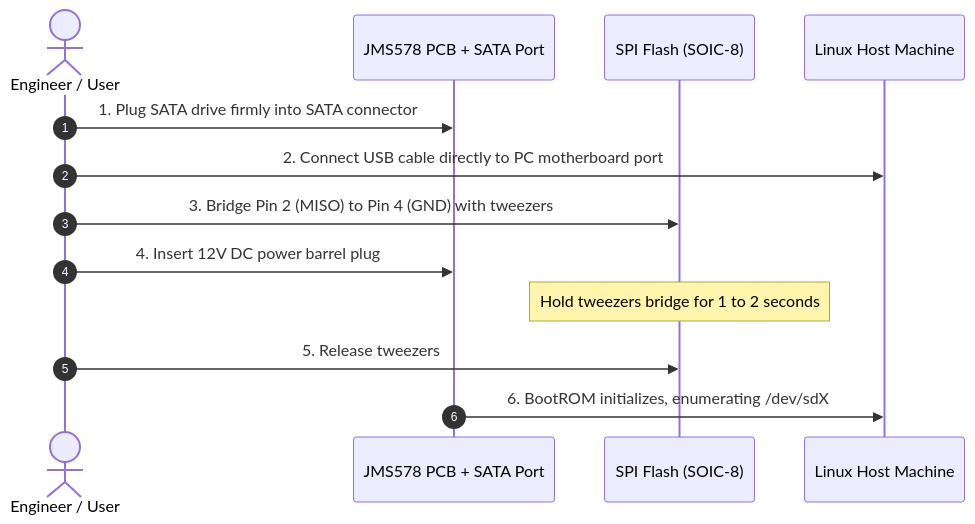
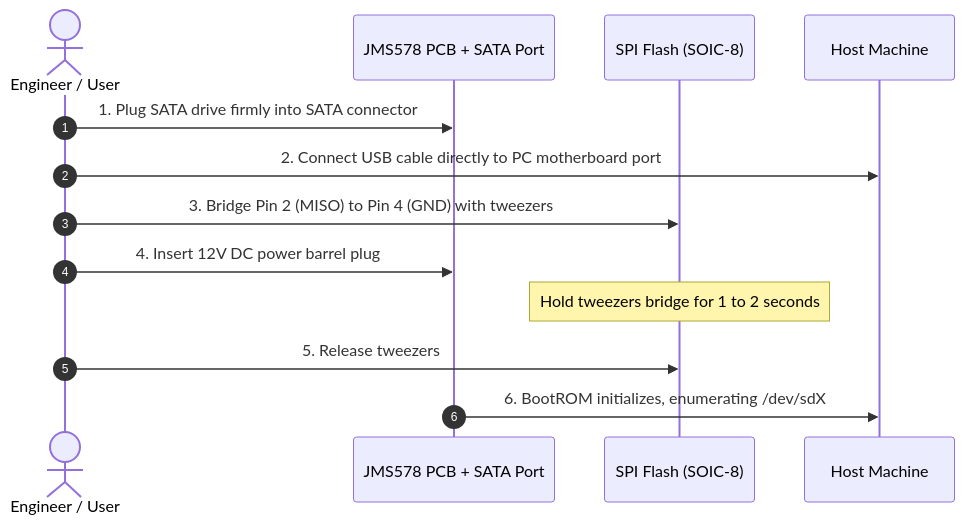
Before and after one commit to khoipm06/jms578-firmware-guide: the fourth of 4 diagrams in README.md, drawn with Mermaid. The commit also changed other lines of this file and 3 other files, not shown here.

````diff
--- a/README.md
+++ b/README.md
@@ -253,16 +220,16 @@
 ```mermaid
 sequenceDiagram
     autonumber
     actor Tech as Engineer / User
     participant Board as JMS578 PCB + SATA Port
     participant SPI as SPI Flash (SOIC-8)
-    participant Host as Linux Host Machine
+    participant Host as Host Machine
 
     Tech->>Board: 1. Plug SATA drive firmly into SATA connector
     Tech->>Host: 2. Connect USB cable directly to PC motherboard port
     Tech->>SPI: 3. Bridge Pin 2 (MISO) to Pin 4 (GND) with tweezers
     Tech->>Board: 4. Insert 12V DC power barrel plug
     Note over SPI: Hold tweezers bridge for 1 to 2 seconds
     Tech->>SPI: 5. Release tweezers
     Board->>Host: 6. BootROM initializes, enumerating /dev/sdX
 ```
````
